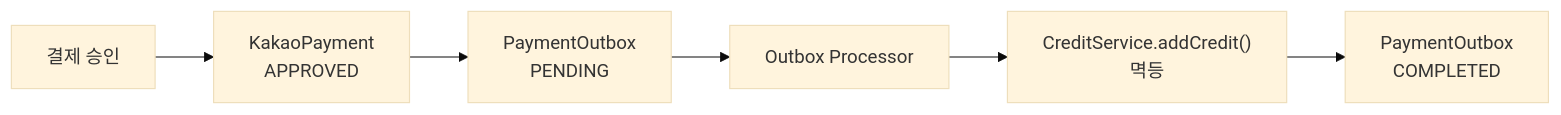
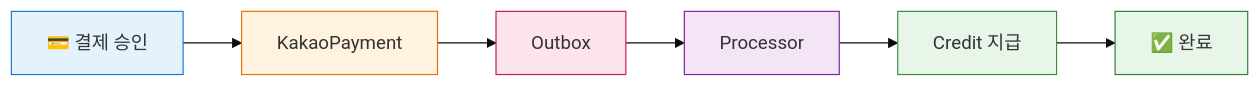
One commit to ForgingWeapon-JG11-Team4/closzIT changed the fourth of 4 diagrams in README.md. Above: the diagram before and after it, drawn with Mermaid (base theme). The commit also changed other lines of this file, not shown here.

Commit message:
docs: Mermaid 다이어그램 스타일 개선 - 색상 추가

````diff
--- a/README.md
+++ b/README.md
@@ -259,8 +269,15 @@
 ```mermaid
 flowchart LR
-    A["결제 승인"] --> B["KakaoPayment<br/>APPROVED"]
-    B --> C["PaymentOutbox<br/>PENDING"]
-    C --> D["Outbox Processor"]
-    D --> E["CreditService.addCredit()<br/>멱등"]
-    E --> F["PaymentOutbox<br/>COMPLETED"]
+    A["💳 결제 승인"] --> B["KakaoPayment"]
+    B --> C["Outbox"]
+    C --> D["Processor"]
+    D --> E["Credit 지급"]
+    E --> F["✅ 완료"]
+
+    style A fill:#e3f2fd,stroke:#1976d2
+    style B fill:#fff3e0,stroke:#ef6c00
+    style C fill:#fce4ec,stroke:#c2185b
+    style D fill:#f3e5f5,stroke:#7b1fa2
+    style E fill:#e8f5e9,stroke:#388e3c
+    style F fill:#e8f5e9,stroke:#2e7d32
 ```
````
